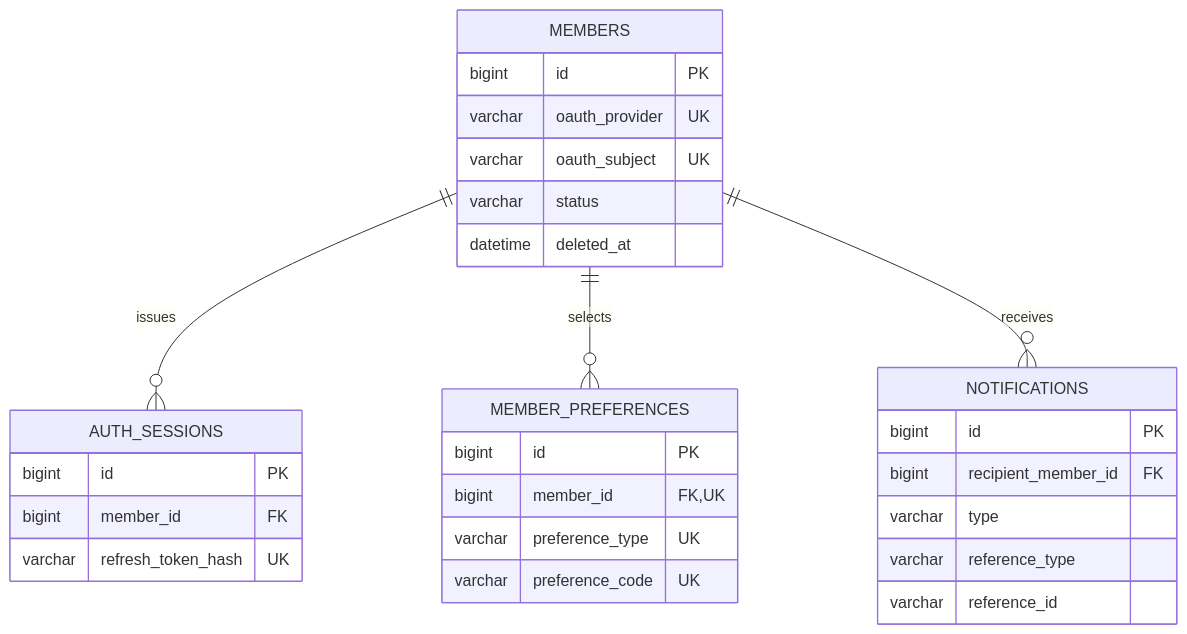
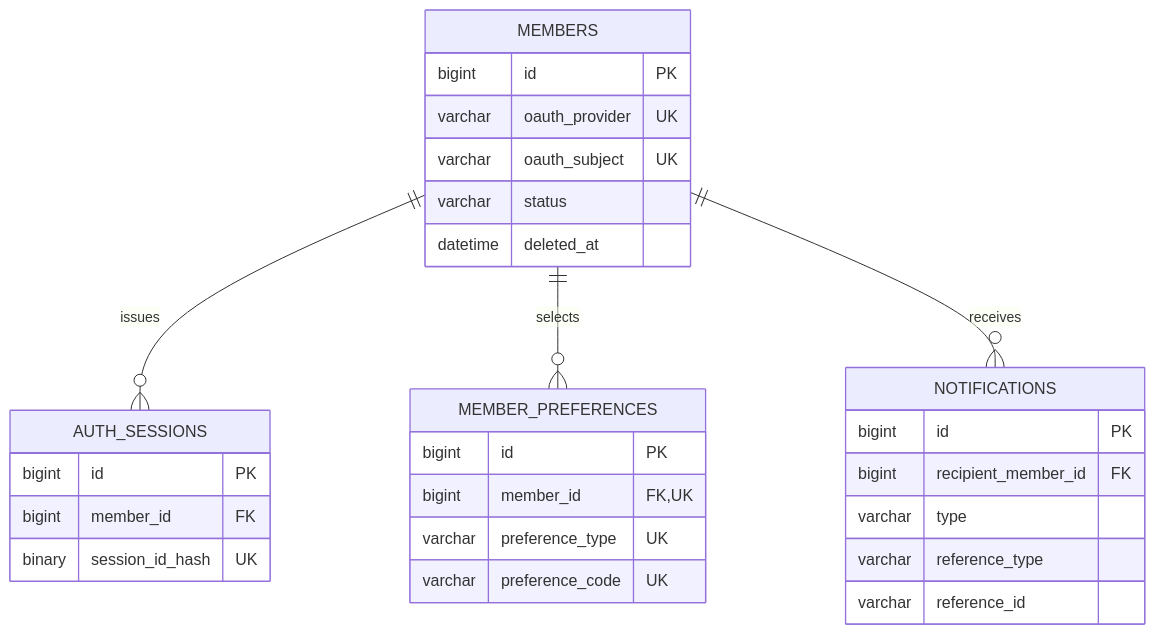
Before and after one commit to 100-hours-a-week/KTB4-10th-BE: the first of 5 diagrams in docs/ERD_테이블_설계_근거_검토본.md, drawn with Mermaid. The commit also changed other lines of this file and 10 other files, not shown here.

```diff
--- a/docs/ERD_테이블_설계_근거_검토본.md
+++ b/docs/ERD_테이블_설계_근거_검토본.md
@@ -108,31 +108,31 @@
 ~~~mermaid
 erDiagram
     MEMBERS ||--o{ AUTH_SESSIONS : issues
     MEMBERS ||--o{ MEMBER_PREFERENCES : selects
     MEMBERS ||--o{ NOTIFICATIONS : receives
     MEMBERS {
         bigint id PK
         varchar oauth_provider UK
         varchar oauth_subject UK
         varchar status
         datetime deleted_at
     }
     AUTH_SESSIONS {
         bigint id PK
         bigint member_id FK
-        varchar refresh_token_hash UK
+        binary session_id_hash UK
     }
     MEMBER_PREFERENCES {
         bigint id PK
         bigint member_id FK,UK
         varchar preference_type UK
         varchar preference_code UK
     }
     NOTIFICATIONS {
         bigint id PK
         bigint recipient_member_id FK
         varchar type
         varchar reference_type
         varchar reference_id
     }
 ~~~
```
